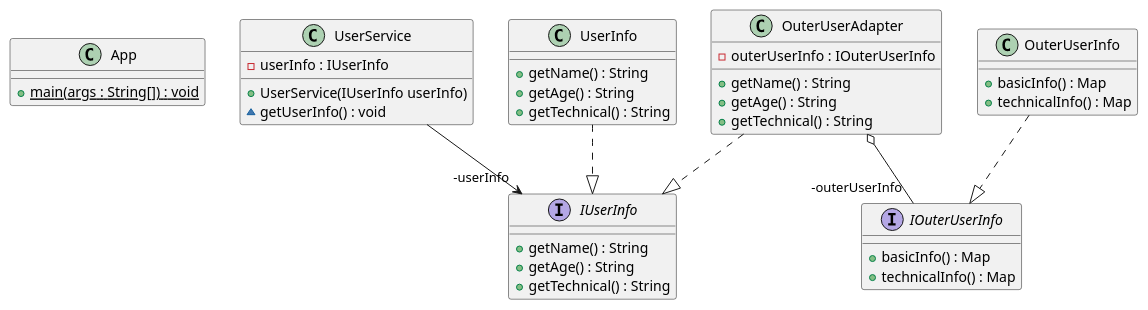
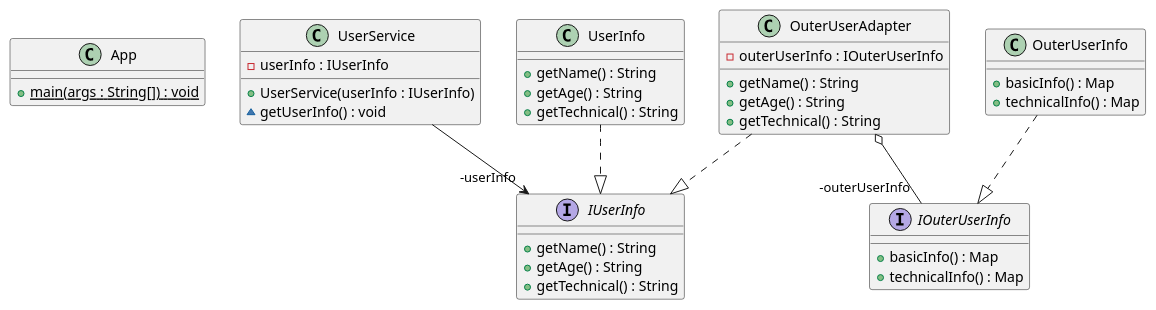
One commit to bsyonline/microlabs changed the diagram in design-pattern/src/main/java/com/rolex/microlabs/structural/adapter/objectadapter/uml/object_adapter.puml. Above: the diagram before and after it, drawn with PlantUML. The commit also changed 1 other file, not shown here.

```diff
--- a/design-pattern/src/main/java/com/rolex/microlabs/structural/adapter/objectadapter/uml/object_adapter.puml
+++ b/design-pattern/src/main/java/com/rolex/microlabs/structural/adapter/objectadapter/uml/object_adapter.puml
@@ -1,48 +1,48 @@
 @startuml
 
 class App {
     + main(args : String[]) {static} : void
 }
 
 class UserService {
-    + UserService(IUserInfo userInfo)
+    + UserService(userInfo : IUserInfo)
     - userInfo : IUserInfo
     ~ getUserInfo() : void
 }
 
 interface IOuterUserInfo {
     + basicInfo() : Map
     + technicalInfo() : Map
 }
 
 interface IUserInfo {
     + getName() : String
     + getAge() : String
     + getTechnical() : String
 }
 
 class OuterUserInfo {
     + basicInfo() : Map
     + technicalInfo() : Map
 }
 
 class UserInfo {
     + getName() : String
     + getAge() : String
     + getTechnical() : String
 }
 
 class OuterUserAdapter {
     - outerUserInfo : IOuterUserInfo
     + getName() : String
     + getAge() : String
     + getTechnical() : String
 }
 
 OuterUserAdapter ..|> IUserInfo
 OuterUserAdapter o-- "-outerUserInfo" IOuterUserInfo
 UserInfo ..|> IUserInfo
 OuterUserInfo ..|> IOuterUserInfo
 UserService --> "-userInfo" IUserInfo
 
 @enduml
```
